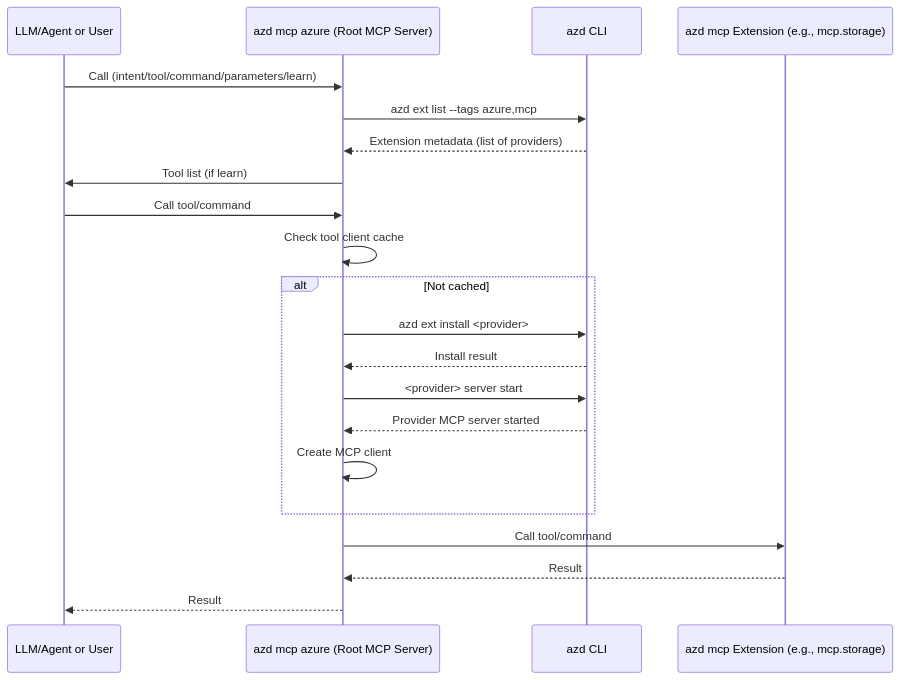
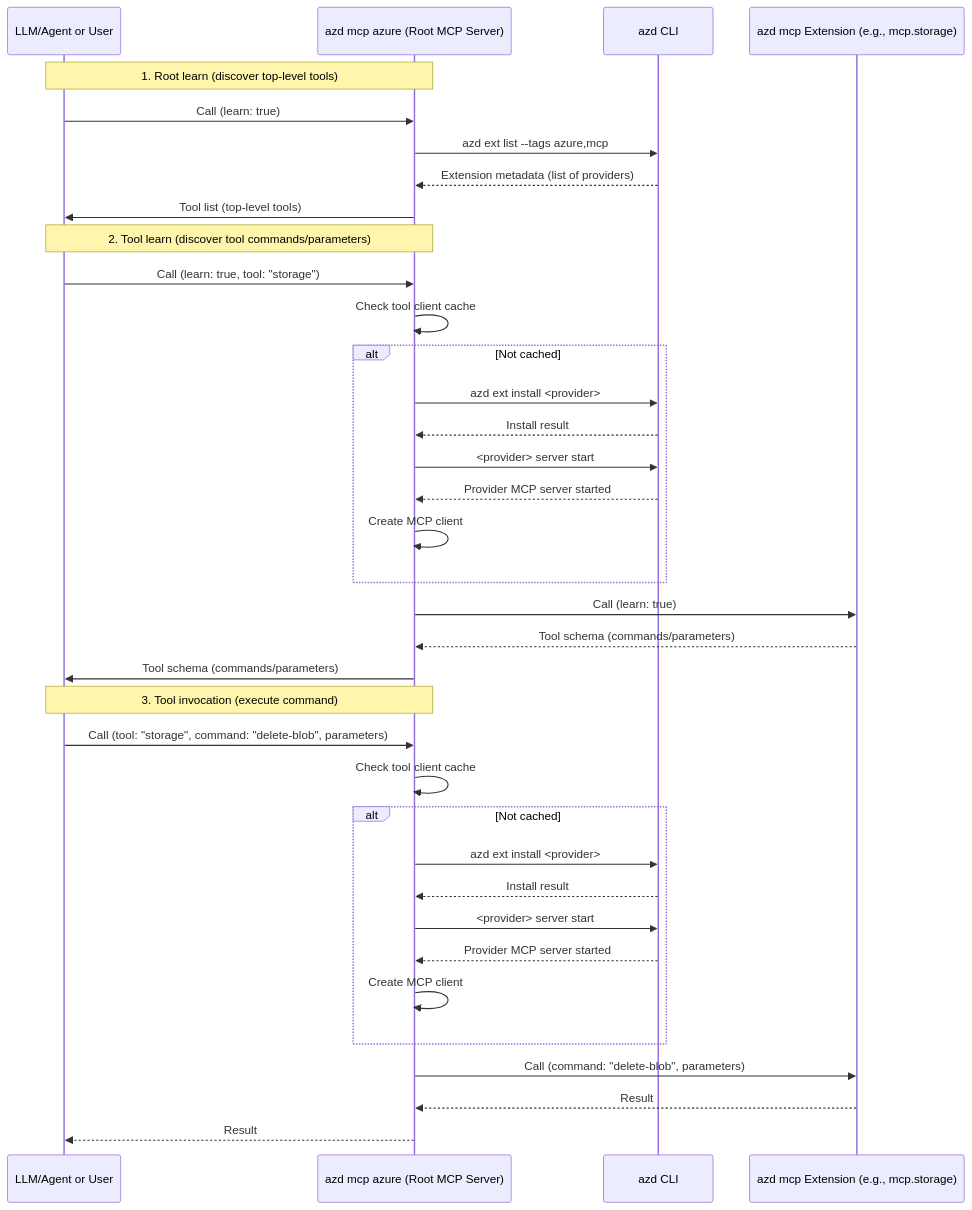
One commit to wbreza/azd-azure-mcp changed the diagram in README.md. Above: the diagram before and after it, drawn with Mermaid. The commit also changed other lines of this file, not shown here.

Commit message:
Updates diagram

````diff
--- a/README.md
+++ b/README.md
@@ -117,24 +117,44 @@
 ```mermaid
 sequenceDiagram
     participant User as LLM/Agent or User
     participant AzureMCP as azd mcp azure (Root MCP Server)
     participant azd as azd CLI
     participant Provider as azd mcp Extension (e.g., mcp.storage)
 
-    User->>AzureMCP: Call (intent/tool/command/parameters/learn)
+    %% 1. Root learn
+    Note over User,AzureMCP: 1. Root learn (discover top-level tools)
+    User->>AzureMCP: Call (learn: true)
     AzureMCP->>azd: azd ext list --tags azure,mcp
     azd-->>AzureMCP: Extension metadata (list of providers)
-    AzureMCP->>User: Tool list (if learn)
-    User->>AzureMCP: Call tool/command
+    AzureMCP->>User: Tool list (top-level tools)
+
+    %% 2. Tool learn
+    Note over User,AzureMCP: 2. Tool learn (discover tool commands/parameters)
+    User->>AzureMCP: Call (learn: true, tool: "storage")
     AzureMCP->>AzureMCP: Check tool client cache
     alt Not cached
         AzureMCP->>azd: azd ext install <provider>
         azd-->>AzureMCP: Install result
         AzureMCP->>azd: <provider> server start
         azd-->>AzureMCP: Provider MCP server started
         AzureMCP->>AzureMCP: Create MCP client
     end
-    AzureMCP->>Provider: Call tool/command
+    AzureMCP->>Provider: Call (learn: true)
+    Provider-->>AzureMCP: Tool schema (commands/parameters)
+    AzureMCP->>User: Tool schema (commands/parameters)
+
+    %% 3. Tool invocation
+    Note over User,AzureMCP: 3. Tool invocation (execute command)
+    User->>AzureMCP: Call (tool: "storage", command: "delete-blob", parameters)
+    AzureMCP->>AzureMCP: Check tool client cache
+    alt Not cached
+        AzureMCP->>azd: azd ext install <provider>
+        azd-->>AzureMCP: Install result
+        AzureMCP->>azd: <provider> server start
+        azd-->>AzureMCP: Provider MCP server started
+        AzureMCP->>AzureMCP: Create MCP client
+    end
+    AzureMCP->>Provider: Call (command: "delete-blob", parameters)
     Provider-->>AzureMCP: Result
     AzureMCP-->>User: Result
 ```
````
